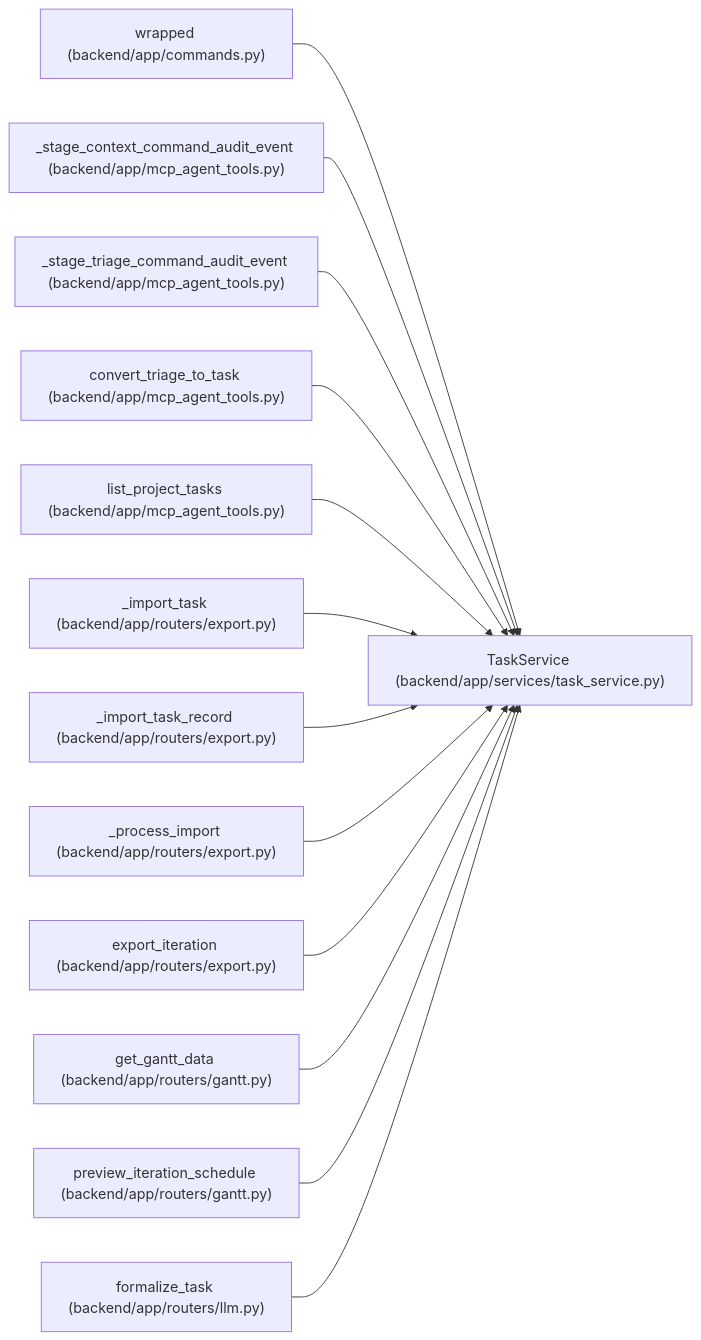
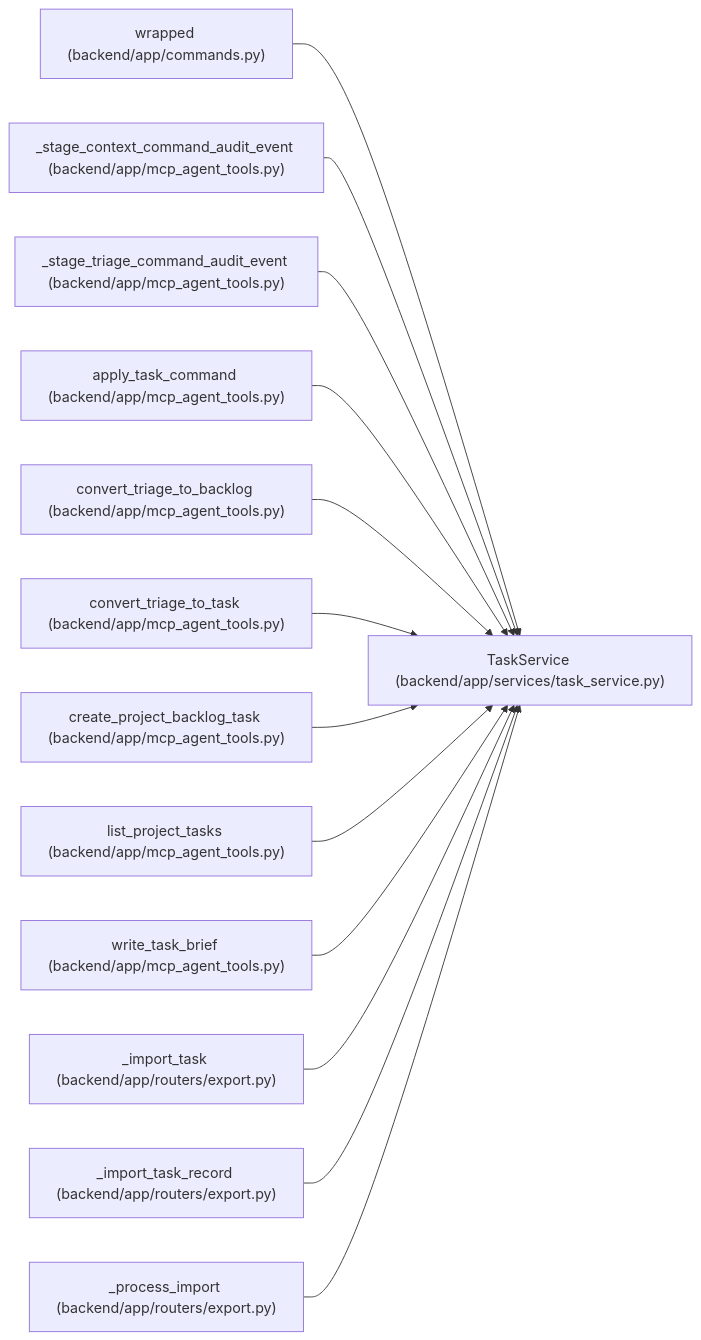
One commit to Denissvgn/WorkChord changed the diagram in docs/llm_wiki/entities/TaskService.md. Above: the diagram before and after it, drawn with Mermaid. The commit also changed other lines of this file and 1238 other files, not shown here.

First line of the commit message:
docs(wiki): publish compact canonical domain architecture

````diff
--- a/docs/llm_wiki/entities/TaskService.md
+++ b/docs/llm_wiki/entities/TaskService.md
@@ -83,41 +86,41 @@
 ```mermaid
 flowchart LR
     n0["TaskService (backend/app/services/task_service.py)"]
     n1["wrapped (backend/app/commands.py)"]
     n2["_stage_context_command_audit_event (backend/app/mcp_agent_tools.py)"]
     n3["_stage_triage_command_audit_event (backend/app/mcp_agent_tools.py)"]
-    n4["convert_triage_to_task (backend/app/mcp_agent_tools.py)"]
-    n5["list_project_tasks (backend/app/mcp_agent_tools.py)"]
-    n6["_import_task (backend/app/routers/export.py)"]
-    n7["_import_task_record (backend/app/routers/export.py)"]
-    n8["_process_import (backend/app/routers/export.py)"]
-    n9["export_iteration (backend/app/routers/export.py)"]
-    n10["get_gantt_data (backend/app/routers/gantt.py)"]
-    n11["preview_iteration_schedule (backend/app/routers/gantt.py)"]
-    n12["formalize_task (backend/app/routers/llm.py)"]
+    n4["apply_task_command (backend/app/mcp_agent_tools.py)"]
+    n5["convert_triage_to_backlog (backend/app/mcp_agent_tools.py)"]
+    n6["convert_triage_to_task (backend/app/mcp_agent_tools.py)"]
+    n7["create_project_backlog_task (backend/app/mcp_agent_tools.py)"]
+    n8["list_project_tasks (backend/app/mcp_agent_tools.py)"]
+    n9["write_task_brief (backend/app/mcp_agent_tools.py)"]
+    n10["_import_task (backend/app/routers/export.py)"]
+    n11["_import_task_record (backend/app/routers/export.py)"]
+    n12["_process_import (backend/app/routers/export.py)"]
     n1 --> n0
     n2 --> n0
     n3 --> n0
     n4 --> n0
     n5 --> n0
     n6 --> n0
     n7 --> n0
     n8 --> n0
     n9 --> n0
     n10 --> n0
     n11 --> n0
     n12 --> n0
     click n0 "../modules/task_service.md"
     click n1 "../modules/commands.md"
     click n2 "../modules/mcp_agent_tools.md"
     click n3 "../modules/mcp_agent_tools.md"
     click n4 "../modules/mcp_agent_tools.md"
     click n5 "../modules/mcp_agent_tools.md"
-    click n6 "../modules/export.md"
-    click n7 "../modules/export.md"
-    click n8 "../modules/export.md"
-    click n9 "../modules/export.md"
-    click n10 "../modules/routers_gantt.md"
-    click n11 "../modules/routers_gantt.md"
-    click n12 "../modules/routers_llm.md"
+    click n6 "../modules/mcp_agent_tools.md"
+    click n7 "../modules/mcp_agent_tools.md"
+    click n8 "../modules/mcp_agent_tools.md"
+    click n9 "../modules/mcp_agent_tools.md"
+    click n10 "../modules/export.md"
+    click n11 "../modules/export.md"
+    click n12 "../modules/export.md"
 ```
````
